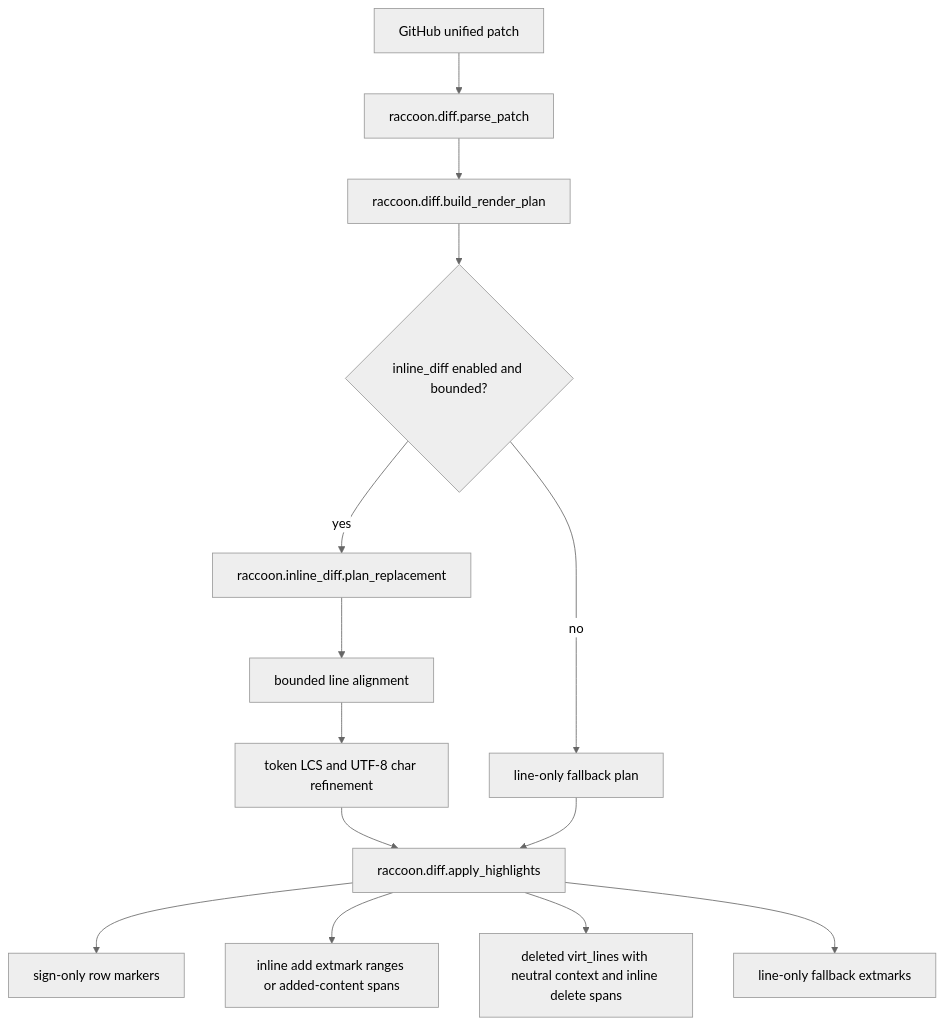
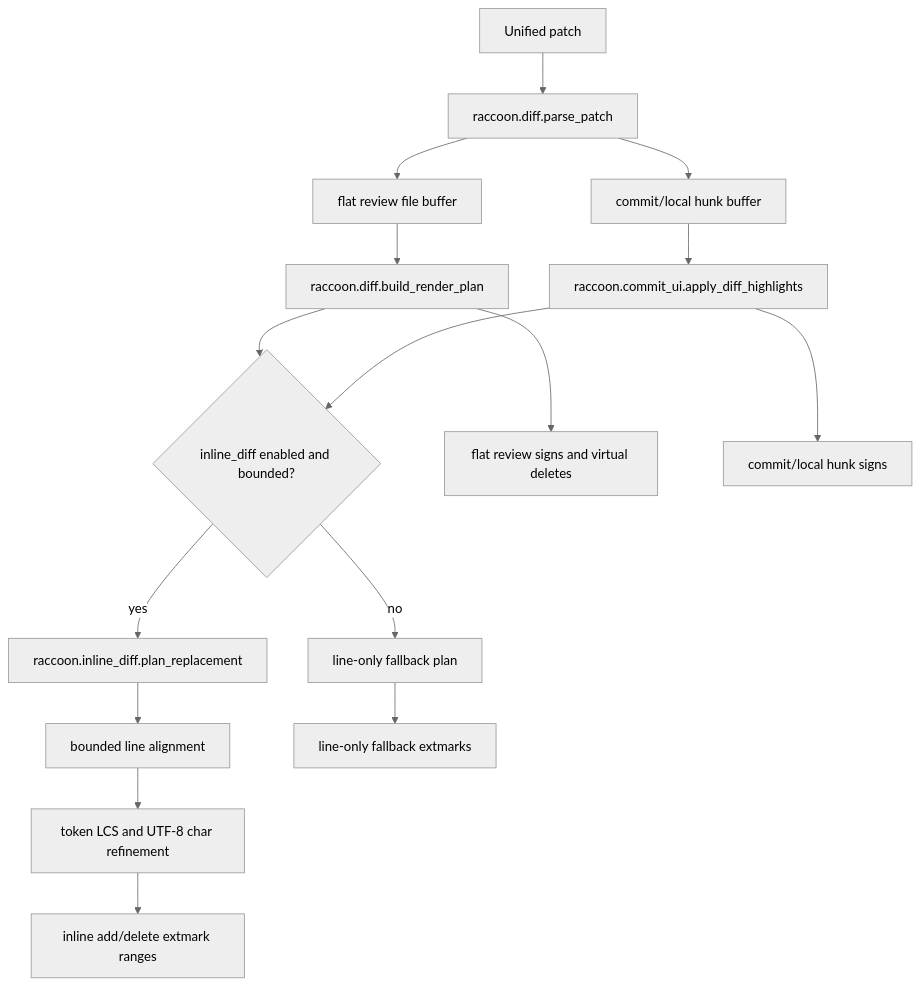
Before and after one commit to bajor/nvim-raccoon: the diagram in ARCHITECTURE_DIFF.md, drawn with Mermaid (neutral theme). The commit also changed other lines of this file and 2 other files, not shown here.

Commit message:
fix: use exact spans in commit diff hunks
Commit and local diff hunk buffers still painted every changed row with RaccoonAdd/RaccoonDelete, bypassing the inline diff planner used by flat review buffers.

Reuse inline replacement planning for commit/local hunk rows so only changed character spans are highlighted while signs remain visible. Preserve whole-line fallback when inline diff is disabled or bounded limits are exceeded.

Validation:
- nvim --headless -u tests/minimal_init.lua -c "PlenaryBustedFile tests/commit_ui_spec.lua" -c qa
- nvim --headless -u tests/minimal_init.lua -c "PlenaryBustedFile tests/inline_diff_spec.lua" -c qa
- make test
- make lint
- git diff --check

````diff
--- a/ARCHITECTURE_DIFF.md
+++ b/ARCHITECTURE_DIFF.md
@@ -9,16 +9,18 @@
 ```mermaid
 flowchart TD
-    A[GitHub unified patch] --> B[raccoon.diff.parse_patch]
-    B --> C[raccoon.diff.build_render_plan]
-    C --> D{inline_diff enabled and bounded?}
-    D -->|yes| E[raccoon.inline_diff.plan_replacement]
-    E --> F[bounded line alignment]
-    F --> G[token LCS and UTF-8 char refinement]
-    D -->|no| H[line-only fallback plan]
-    G --> I[raccoon.diff.apply_highlights]
-    H --> I
-    I --> J[sign-only row markers]
-    I --> K[inline add extmark ranges or added-content spans]
-    I --> L[deleted virt_lines with neutral context and inline delete spans]
-    I --> M[line-only fallback extmarks]
+    A[Unified patch] --> B[raccoon.diff.parse_patch]
+    B --> C[flat review file buffer]
+    B --> D[commit/local hunk buffer]
+    C --> E[raccoon.diff.build_render_plan]
+    D --> F[raccoon.commit_ui.apply_diff_highlights]
+    E --> G{inline_diff enabled and bounded?}
+    F --> G
+    G -->|yes| H[raccoon.inline_diff.plan_replacement]
+    H --> I[bounded line alignment]
+    I --> J[token LCS and UTF-8 char refinement]
+    G -->|no| K[line-only fallback plan]
+    J --> L[inline add/delete extmark ranges]
+    K --> M[line-only fallback extmarks]
+    E --> N[flat review signs and virtual deletes]
+    F --> O[commit/local hunk signs]
 ```
````
